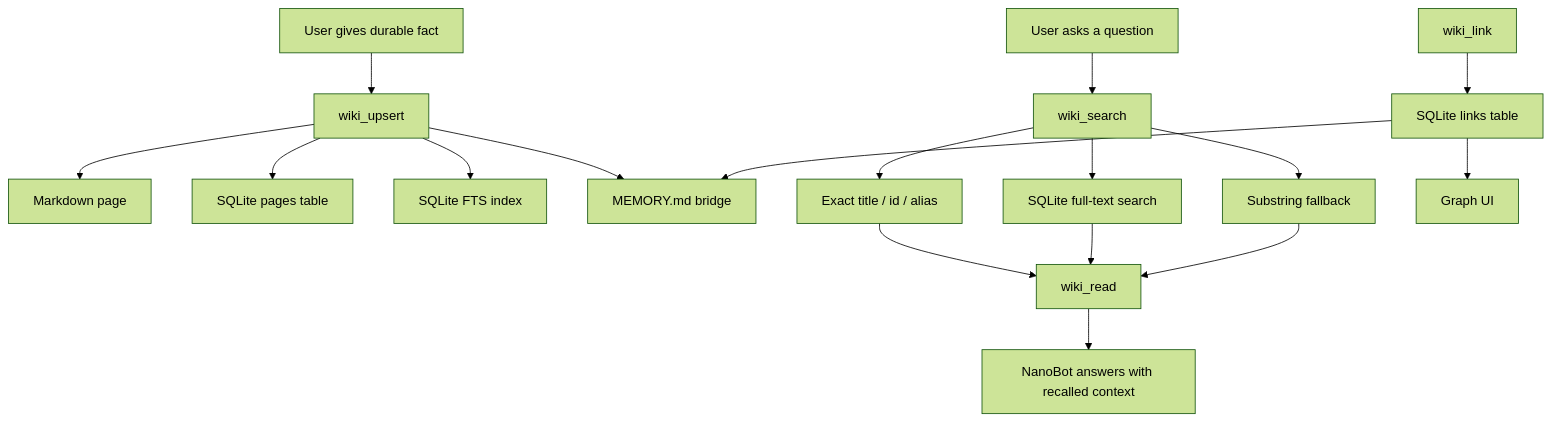
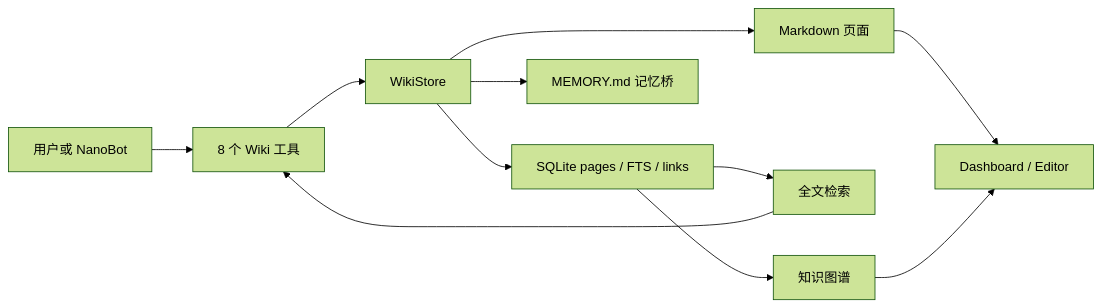
One commit to yu-xin-c/nanobot-llm-wiki changed the diagram in README.md. Above: the diagram before and after it, drawn with Mermaid (forest theme). The commit also changed other lines of this file and 21 other files, not shown here.

````diff
--- a/README.md
+++ b/README.md
@@ -156,21 +221,13 @@
 ```mermaid
-flowchart TD
-  UserFact["User gives durable fact"] --> Upsert["wiki_upsert"]
-  Upsert --> Page["Markdown page"]
-  Upsert --> PagesTable["SQLite pages table"]
-  Upsert --> FTS["SQLite FTS index"]
-  Upsert --> Bridge["MEMORY.md bridge"]
-
-  UserQuestion["User asks a question"] --> Search["wiki_search"]
-  Search --> Exact["Exact title / id / alias"]
-  Search --> FullText["SQLite full-text search"]
-  Search --> Fallback["Substring fallback"]
-  Exact --> Read["wiki_read"]
-  FullText --> Read
-  Fallback --> Read
-  Read --> Answer["NanoBot answers with recalled context"]
-
-  Link["wiki_link"] --> Graph["SQLite links table"]
-  Graph --> Bridge
-  Graph --> UI["Graph UI"]
+flowchart LR
+  User["用户或 NanoBot"] --> Tools["8 个 Wiki 工具"]
+  Tools --> Store["WikiStore"]
+  Store --> Markdown["Markdown 页面"]
+  Store --> SQLite["SQLite pages / FTS / links"]
+  Store --> Bridge["MEMORY.md 记忆桥"]
+  Markdown --> UI["Dashboard / Editor"]
+  SQLite --> Search["全文检索"]
+  SQLite --> Graph["知识图谱"]
+  Search --> Tools
+  Graph --> UI
 ```
````
